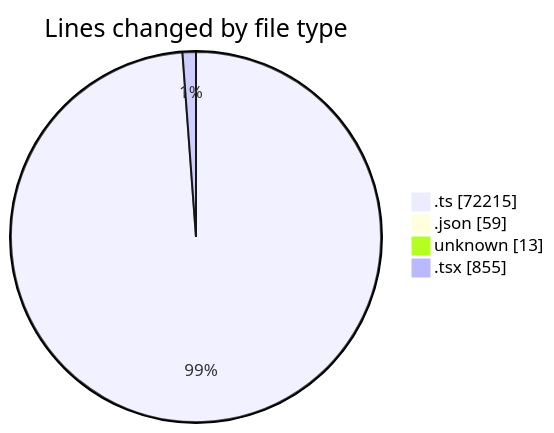
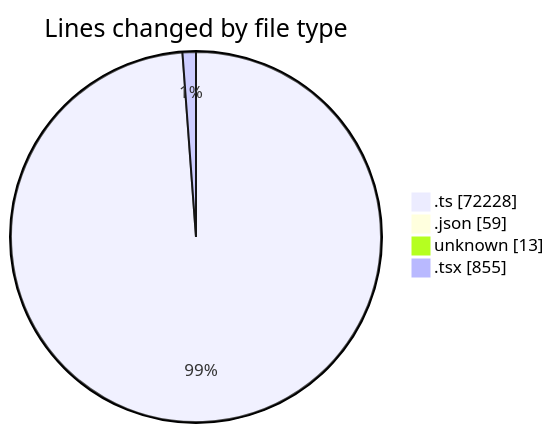
One commit to momahboobian/code-tracking changed the first of 2 diagrams in 2025-09-09/cda/README.md. Above: the diagram before and after it, drawn with Mermaid. The commit also changed other lines of this file and 1 other file, not shown here.

````diff
--- a/2025-09-09/cda/README.md
+++ b/2025-09-09/cda/README.md
@@ -123,8 +124,8 @@
 ```mermaid
 pie showData
 title Lines changed by file type
-".ts" : 72215
+".ts" : 72228
 ".json" : 59
 "unknown" : 13
 ".tsx" : 855
 ```
````
